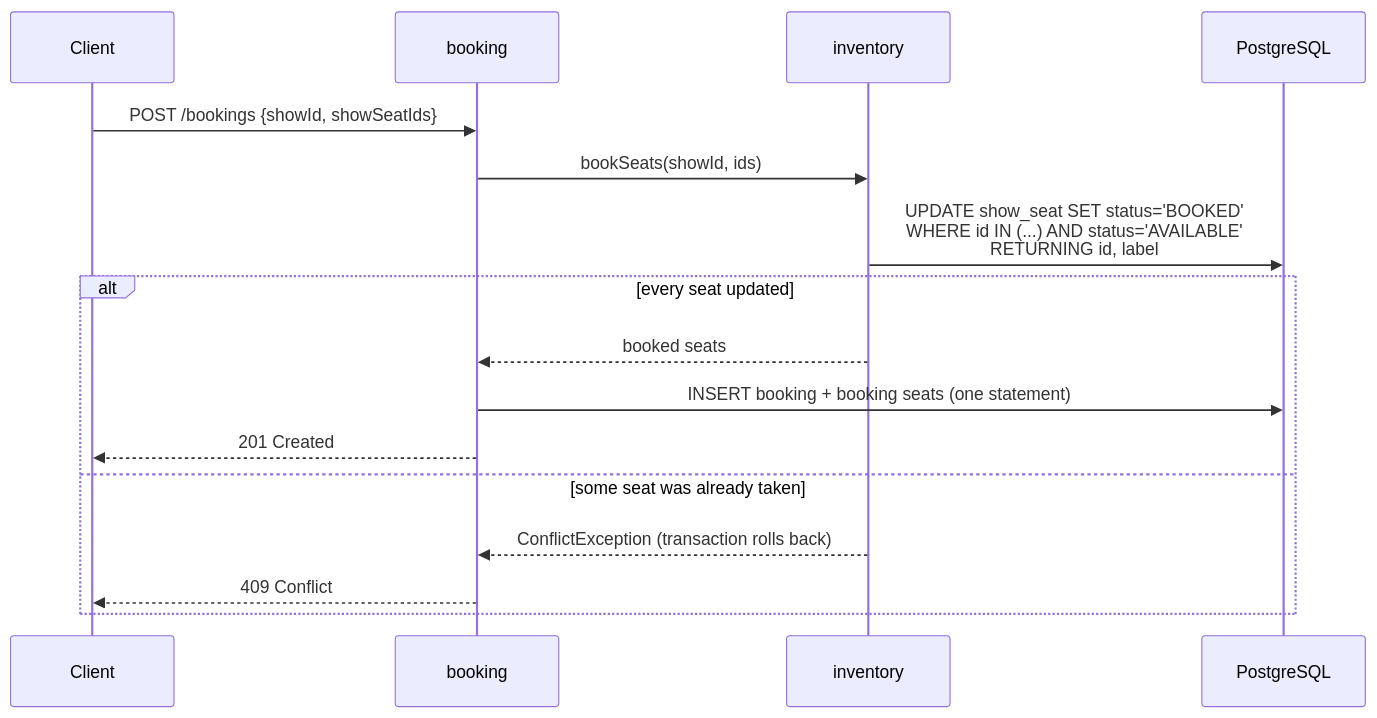
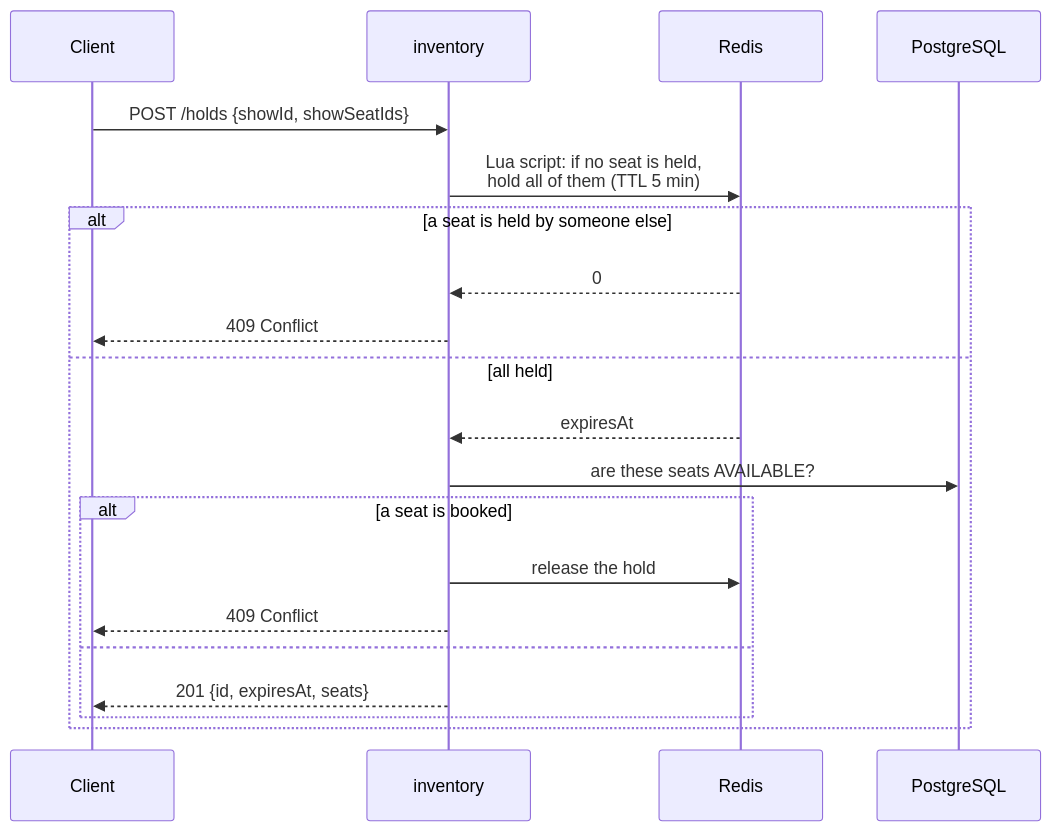
The second of 3 diagrams in README.md (GopiSVDev/seat-lock), drawn with Mermaid before and after one commit. The commit also changed other lines of this file and 37 other files, not shown here.

First line of the commit message:
feat(inventory): 5-minute seat holds in redis

````diff
--- a/README.md
+++ b/README.md
@@ -204,18 +224,22 @@
 ```mermaid
 sequenceDiagram
     participant C as Client
-    participant B as booking
     participant I as inventory
+    participant R as Redis
     participant DB as PostgreSQL
-    C->>B: POST /bookings {showId, showSeatIds}
-    B->>I: bookSeats(showId, ids)
-    I->>DB: UPDATE show_seat SET status='BOOKED'<br/>WHERE id IN (...) AND status='AVAILABLE'<br/>RETURNING id, label
-    alt every seat updated
-        I-->>B: booked seats
-        B->>DB: INSERT booking + booking seats (one statement)
-        B-->>C: 201 Created
-    else some seat was already taken
-        I-->>B: ConflictException (transaction rolls back)
-        B-->>C: 409 Conflict
+    C->>I: POST /holds {showId, showSeatIds}
+    I->>R: Lua script: if no seat is held,<br/>hold all of them (TTL 5 min)
+    alt a seat is held by someone else
+        R-->>I: 0
+        I-->>C: 409 Conflict
+    else all held
+        R-->>I: expiresAt
+        I->>DB: are these seats AVAILABLE?
+        alt a seat is booked
+            I->>R: release the hold
+            I-->>C: 409 Conflict
+        else
+            I-->>C: 201 {id, expiresAt, seats}
+        end
     end
 ```
````
